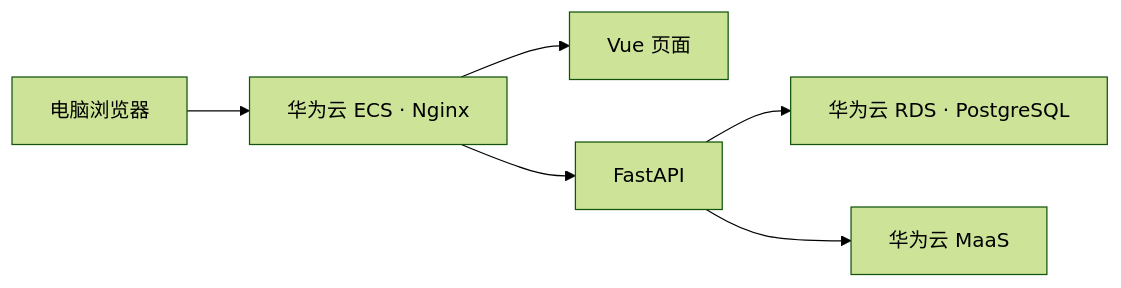
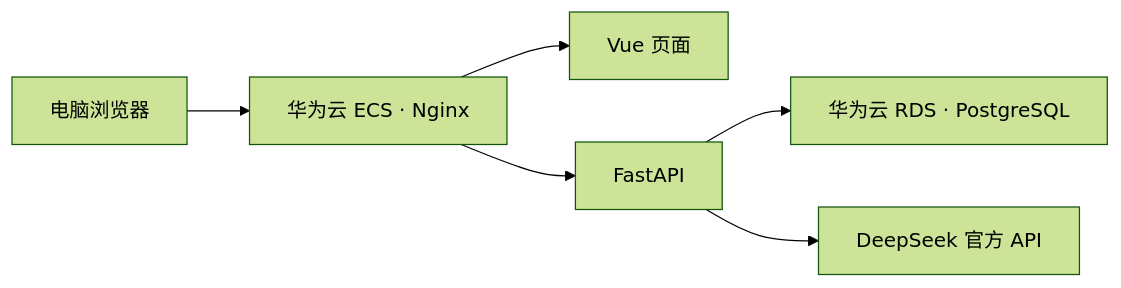
One commit to h67661270-wq/ai-diet-manager changed the diagram in README.md. Above: the diagram before and after it, drawn with Mermaid (forest theme). The commit also changed other lines of this file and 15 other files, not shown here.

Commit message:
feat: sync DeepSeek meal recommendations, photo check-ins and community

````diff
--- a/README.md
+++ b/README.md
@@ -36,8 +36,8 @@
 ```mermaid
 flowchart LR
     U[电脑浏览器] --> N[华为云 ECS · Nginx]
     N --> W[Vue 页面]
     N --> A[FastAPI]
     A --> D[华为云 RDS · PostgreSQL]
-    A --> M[华为云 MaaS]
+    A --> M[DeepSeek 官方 API]
 ```
````
